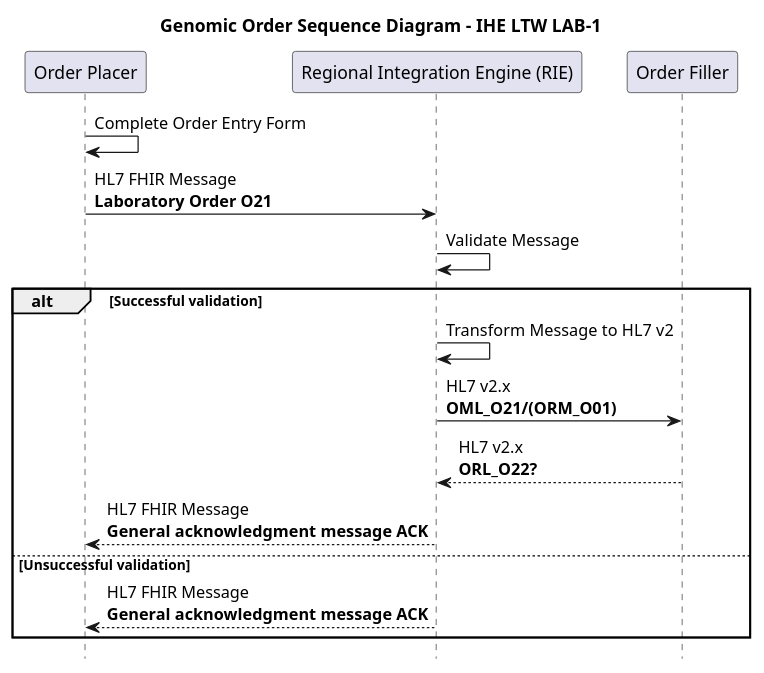
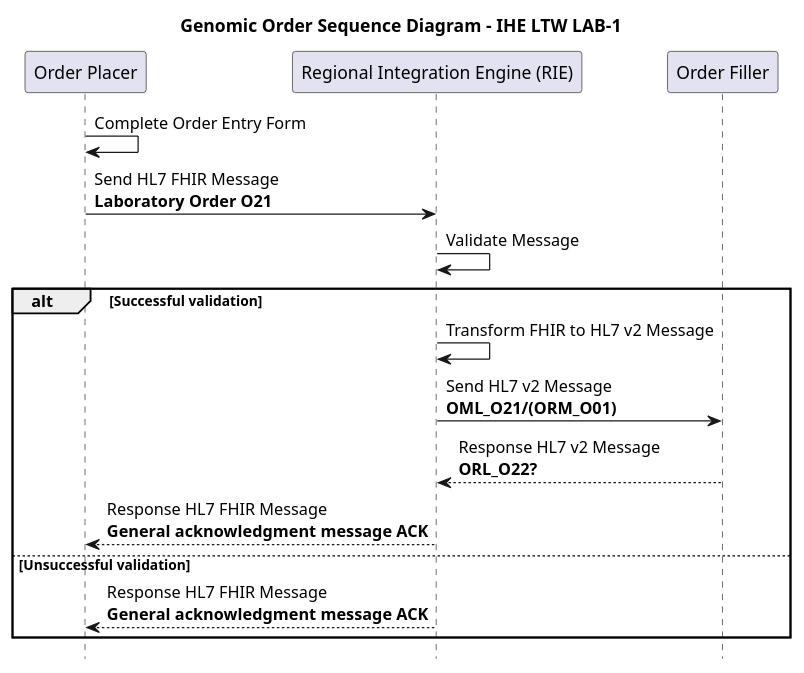
Before and after one commit to nw-gmsa/nw-gmsa.github.com: the diagram in input/images-source/LAB1-sequence.plantuml, drawn with PlantUML. The commit also changed 2 other files, not shown here.

Commit message:
Adding general enterprise constraints

```diff
--- a/input/images-source/LAB1-sequence.plantuml
+++ b/input/images-source/LAB1-sequence.plantuml
@@ -1,24 +1,24 @@
 @startuml
 
 title "Genomic Order Sequence Diagram - IHE LTW LAB-1"
 
 hide footbox
 
 participant "Order Placer" as EPR
 participant "Regional Integration Engine (RIE)" as TIE
 participant "Order Filler" as LIMS
 
 EPR -> EPR: Complete Order Entry Form
-EPR -> TIE: HL7 FHIR Message\n**Laboratory Order O21**
+EPR -> TIE: Send HL7 FHIR Message\n**Laboratory Order O21**
 TIE -> TIE: Validate Message
 
 alt Successful validation
-TIE -> TIE : Transform Message to HL7 v2
-TIE -> LIMS: HL7 v2.x\n**OML_O21/(ORM_O01)**
-LIMS --> TIE: HL7 v2.x\n**ORL_O22?**
-TIE --> EPR: HL7 FHIR Message\n**General acknowledgment message ACK**
+TIE -> TIE : Transform FHIR to HL7 v2 Message
+TIE -> LIMS: Send HL7 v2 Message\n**OML_O21/(ORM_O01)**
+LIMS --> TIE: Response HL7 v2 Message\n**ORL_O22?**
+TIE --> EPR: Response HL7 FHIR Message\n**General acknowledgment message ACK**
 else Unsuccessful validation
-TIE --> EPR: HL7 FHIR Message\n**General acknowledgment message ACK**
+TIE --> EPR: Response HL7 FHIR Message\n**General acknowledgment message ACK**
 end
 
 @enduml
```
